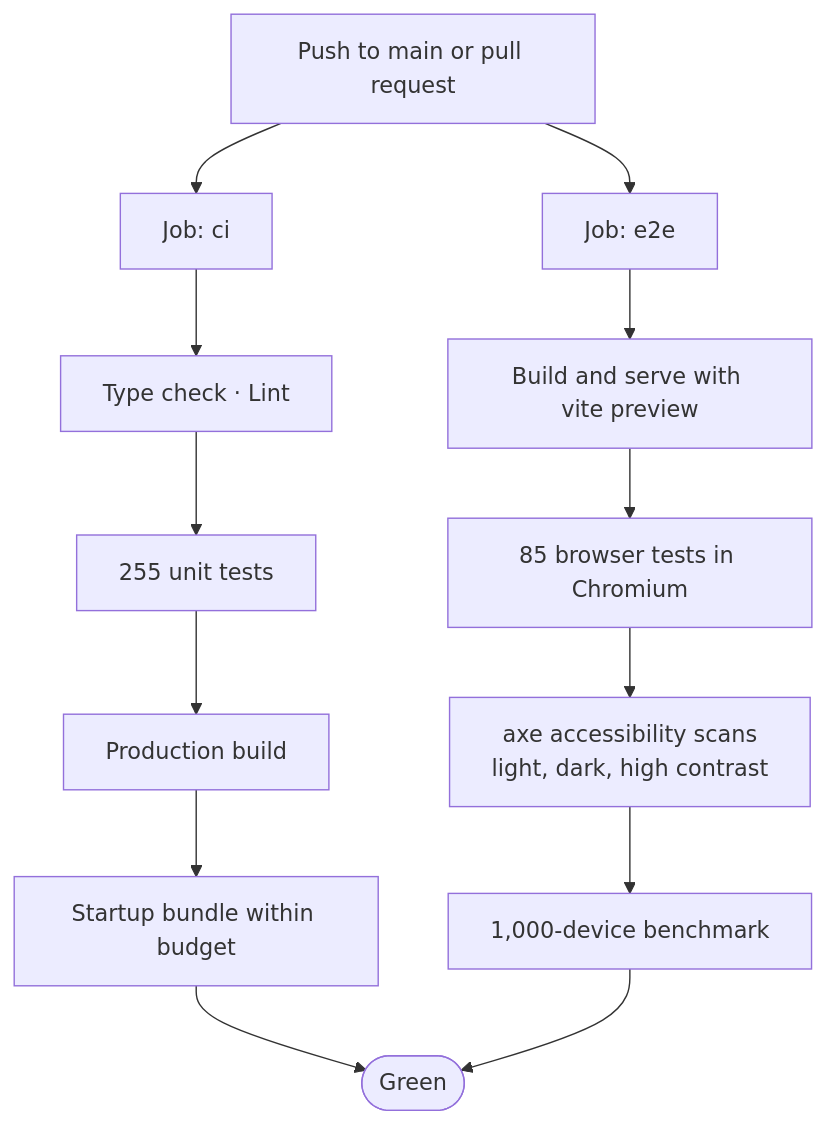
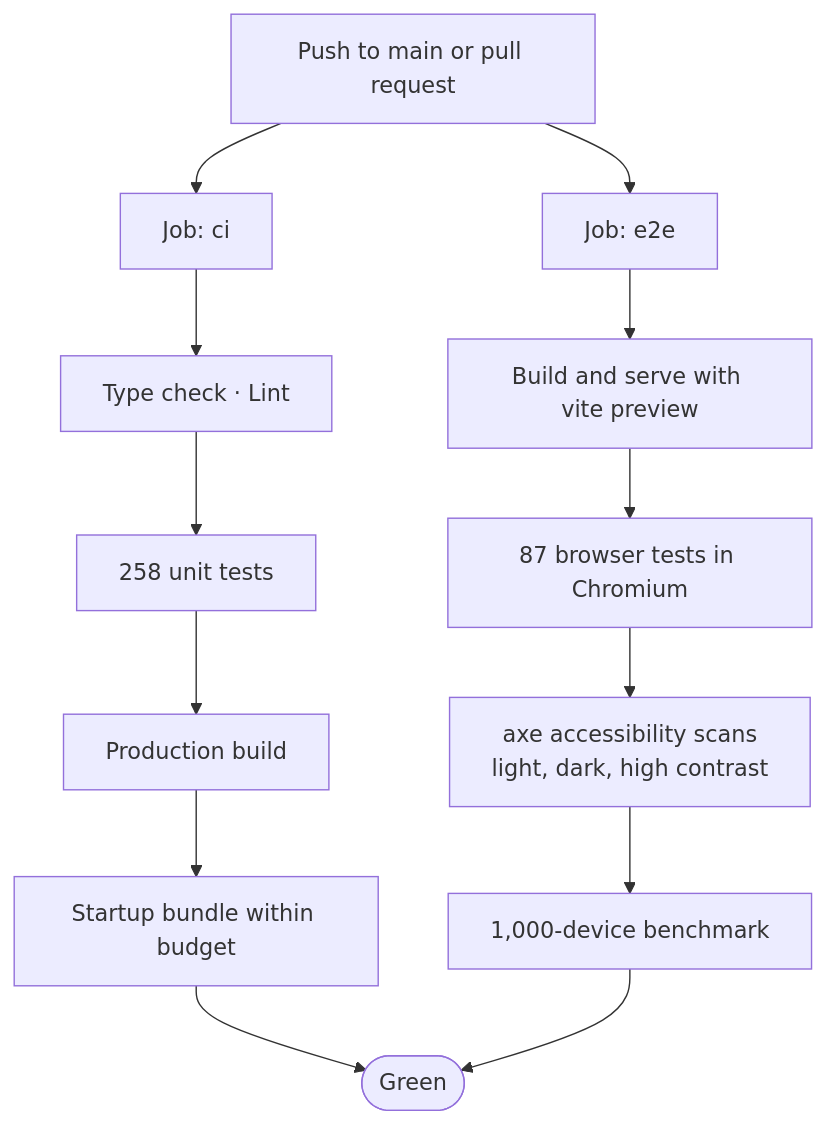
One commit to vijaykumargowdakk/ReSecArc changed diagram 29 of 32 in README.md. Above: the diagram before and after it, drawn with Mermaid. The commit also changed other lines of this file and 10 other files, not shown here.

````diff
--- a/README.md
+++ b/README.md
@@ -1278,15 +1278,15 @@
 ```mermaid
 flowchart TB
     PUSH["Push to main or pull request"] --> J1["Job: ci"]
     PUSH --> J2["Job: e2e"]
     J1 --> A1["Type check · Lint"]
-    A1 --> A2["255 unit tests"]
+    A1 --> A2["258 unit tests"]
     A2 --> A3["Production build"]
     A3 --> A4["Startup bundle within budget"]
     J2 --> B1["Build and serve with vite preview"]
-    B1 --> B2["85 browser tests in Chromium"]
+    B1 --> B2["87 browser tests in Chromium"]
     B2 --> B3["axe accessibility scans<br/>light, dark, high contrast"]
     B3 --> B4["1,000-device benchmark"]
     A4 --> OK(["Green"])
     B4 --> OK
 ```
````
